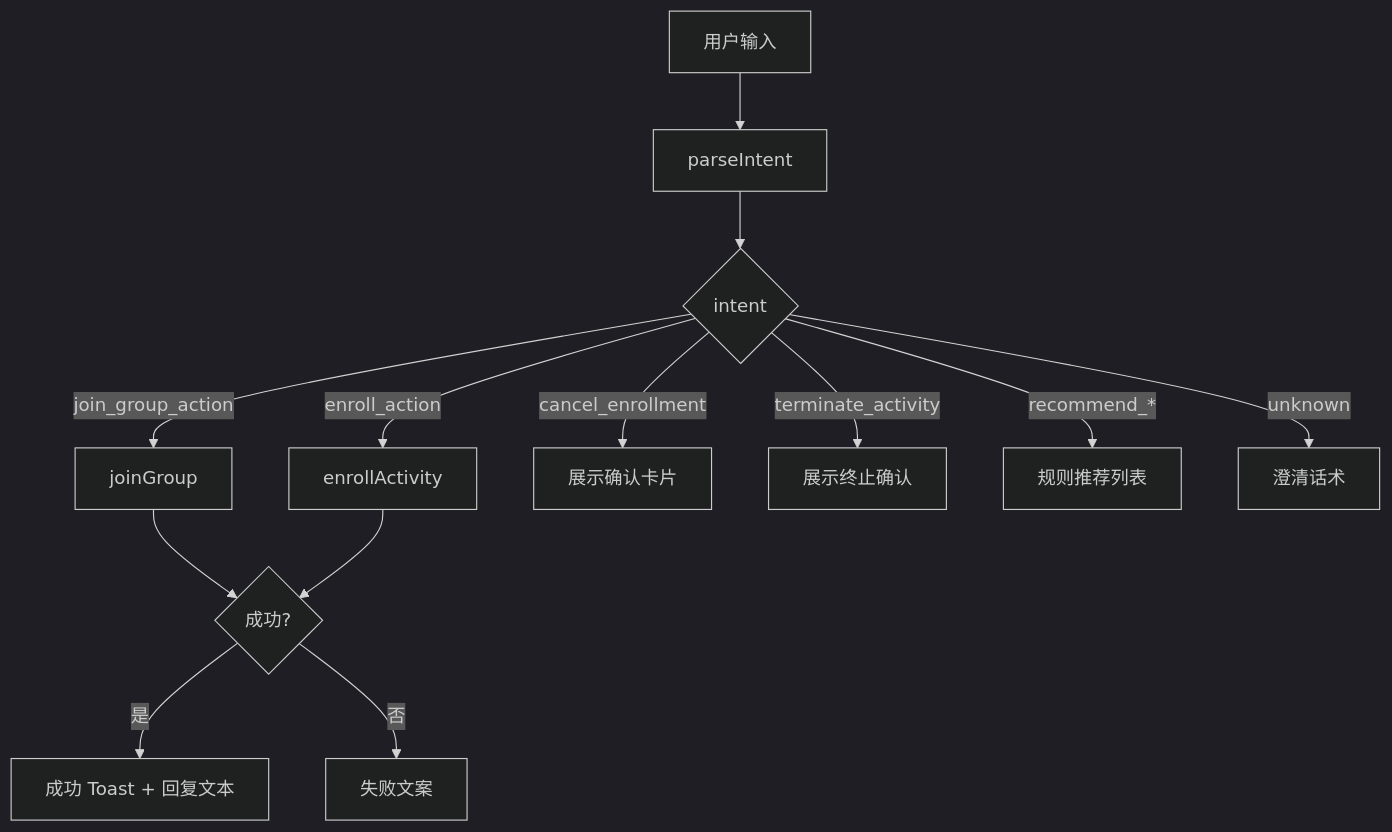
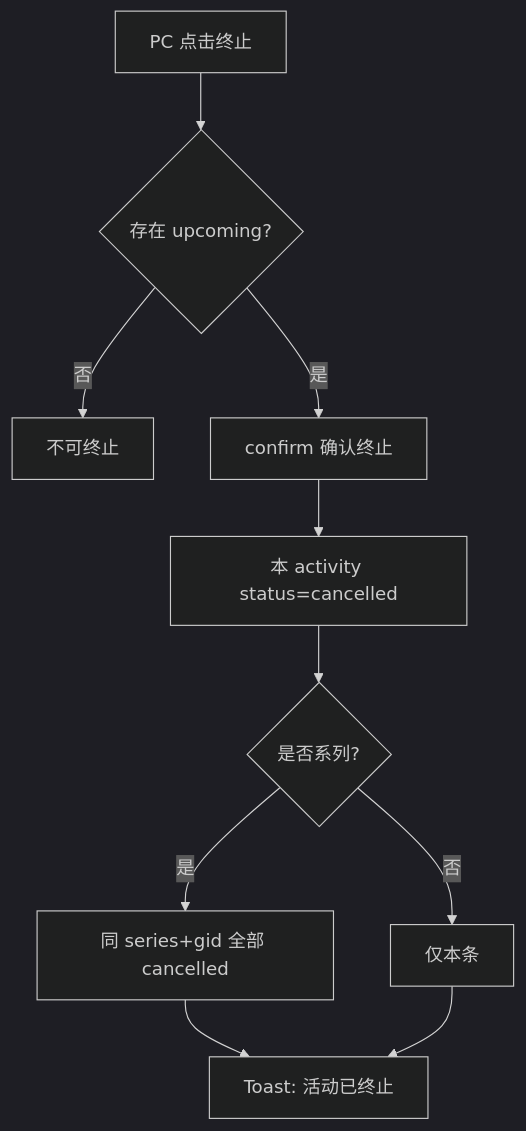
Before and after one commit to moyi5603/Interest-Group_2: the fourth of 4 diagrams in docs/PRD-兴趣小组-代码逆向.md, drawn with Mermaid (dark theme). The commit also changed other lines of this file and 18 other files, not shown here.

````diff
--- a/docs/PRD-兴趣小组-代码逆向.md
+++ b/docs/PRD-兴趣小组-代码逆向.md
@@ -746,15 +576,12 @@
 ```mermaid
 flowchart TD
-    A[用户输入] --> B[parseIntent]
-    B --> C{intent}
-    C -->|join_group_action| D[joinGroup]
-    C -->|enroll_action| E[enrollActivity]
-    C -->|cancel_enrollment| F[展示确认卡片]
-    C -->|terminate_activity| G[展示终止确认]
-    C -->|recommend_*| H[规则推荐列表]
-    C -->|unknown| I[澄清话术]
-    D --> J{成功?}
-    E --> J
-    J -->|是| K[成功 Toast + 回复文本]
-    J -->|否| L[失败文案]
+    A[PC 点击终止] --> B{存在 upcoming?}
+    B -->|否| C[不可终止]
+    B -->|是| D[confirm 确认终止]
+    D --> E[本 activity status=cancelled]
+    E --> F{是否系列?}
+    F -->|是| G[同 series+gid 全部 cancelled]
+    F -->|否| H[仅本条]
+    G --> I[Toast: 活动已终止]
+    H --> I
 ```
````
